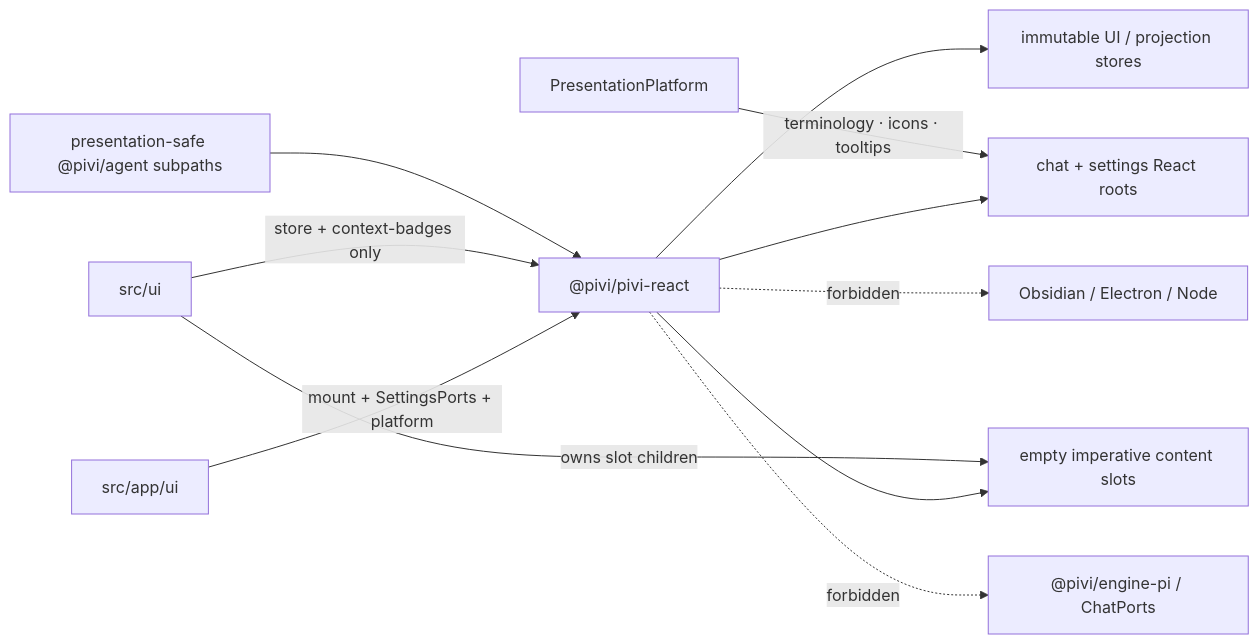
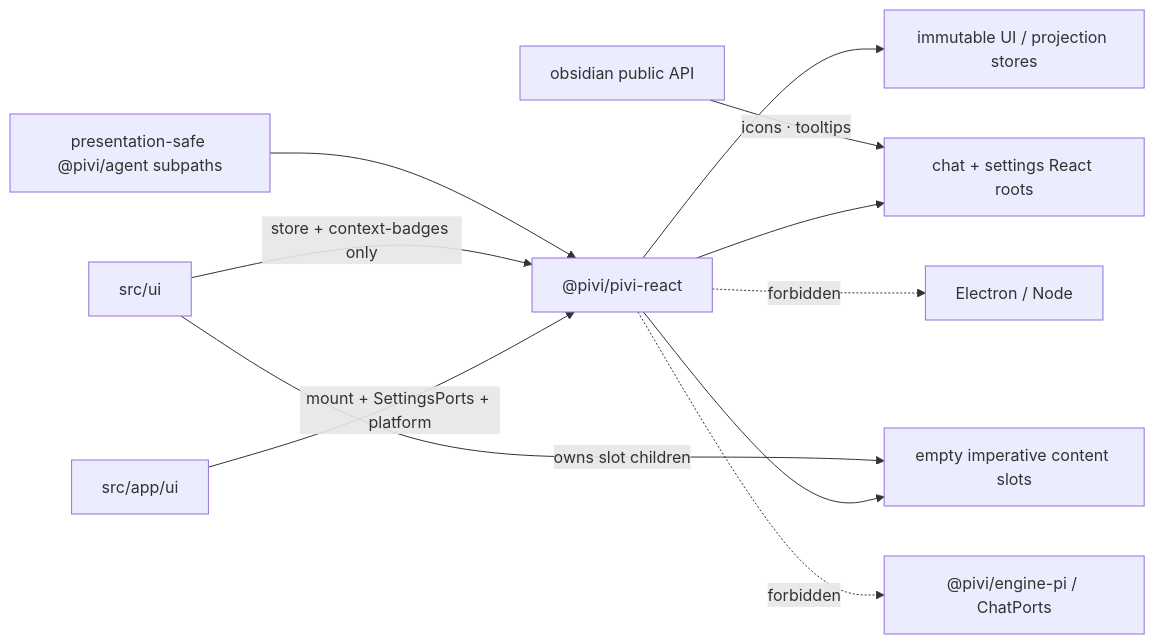
The diagram in packages/pivi-react/AGENTS.md (shuuul/obsidian-pivi), drawn with Mermaid before and after one commit. The commit also changed other lines of this file and 94 other files, not shown here.

First line of the commit message:
refactor: drop host-neutral presentation seams

````diff
--- a/packages/pivi-react/AGENTS.md
+++ b/packages/pivi-react/AGENTS.md
@@ -15,13 +15,13 @@
 ```mermaid
 flowchart LR
   AppUI["src/app/ui"] -- "mount + SettingsPorts + platform" --> ReactUI["@pivi/pivi-react"]
   ProductUI["src/ui"] -- "store + context-badges only" --> ReactUI
   Agent["presentation-safe @pivi/agent subpaths"] --> ReactUI
   ReactUI --> Stores["immutable UI / projection stores"]
   ReactUI --> Shells["chat + settings React roots"]
   ReactUI --> Slots["empty imperative content slots"]
   ProductUI -- "owns slot children" --> Slots
-  Platform["PresentationPlatform"] -- "terminology · icons · tooltips" --> Shells
-  ReactUI -. "forbidden" .-> Host["Obsidian / Electron / Node"]
+  Obsidian["obsidian public API"] -- "icons · tooltips" --> Shells
+  ReactUI -. "forbidden" .-> Host["Electron / Node"]
   ReactUI -. "forbidden" .-> Engine["@pivi/engine-pi / ChatPorts"]
 ```
````
